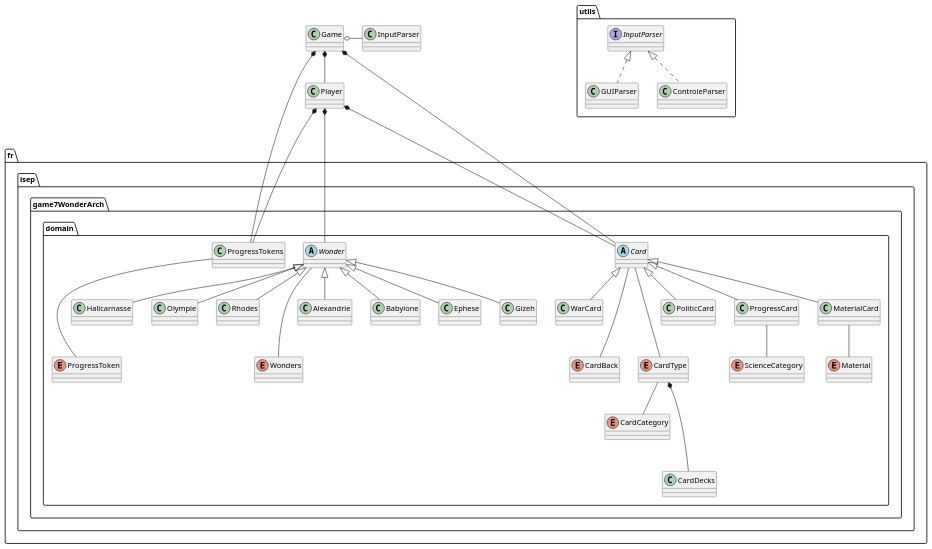
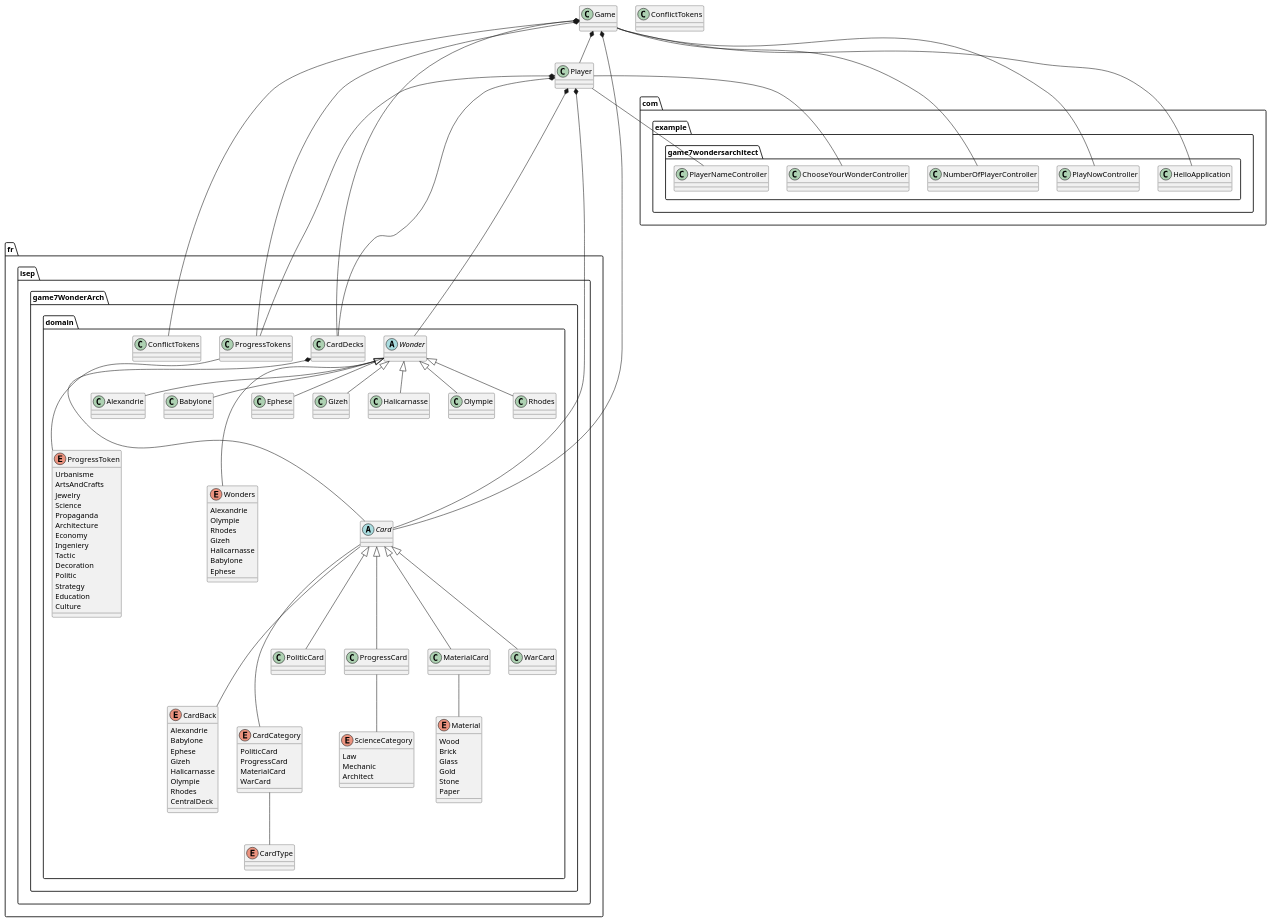
The diagram in src/UML.puml (Klllou/7-Wonders-Architect), drawn with PlantUML before and after one commit. The commit also changed 23 other files, not shown here.

```diff
--- a/src/UML.puml
+++ b/src/UML.puml
@@ -1,78 +1,139 @@
 @startuml
 'https://plantuml.com/class-diagram
 
 
 
 class Game
 class Player
 
 
 package fr.isep.game7WonderArch.domain {
-enum Wonders
+enum Wonders {
+Alexandrie
+Olympie
+Rhodes
+Gizeh
+Halicarnasse
+Babylone
+Ephese
+}
 abstract Wonder
 abstract Card
-enum CardBack
-enum CardCategory
+enum CardBack {
+Alexandrie
+Babylone
+Ephese
+Gizeh
+Halicarnasse
+Olympie
+Rhodes
+CentralDeck
+}
+enum CardCategory{
+PoliticCard
+ProgressCard
+MaterialCard
+WarCard
+}
 class CardDecks
 enum CardType
-enum Material
-enum ProgressToken
+enum Material{
+Wood
+Brick
+Glass
+Gold
+Stone
+Paper
+}
+enum ProgressToken {
+Urbanisme
+ArtsAndCrafts
+Jewelry
+Science
+Propaganda
+Architecture
+Economy
+Ingeniery
+Tactic
+Decoration
+Politic
+Strategy
+Education
+Culture
+}
 class ProgressTokens
-enum ScienceCategory
+enum ScienceCategory {
+Law
+Mechanic
+Architect
+}
 class PoliticCard
 class ProgressCard
 class MaterialCard
 class WarCard
 
 class Alexandrie
 class Babylone
 class Ephese
 class Gizeh
 class Halicarnasse
 class Olympie
 class Rhodes
 
 
 Card <|-- ProgressCard
 Card <|-- MaterialCard
 Card <|-- PoliticCard
 Card <|-- WarCard
 Wonder --- Wonders
 Card --- CardBack
-Card --- CardType
-CardType -- CardCategory
+Card --- CardCategory
+CardCategory -- CardType
 
 Wonder <|-- Alexandrie
 Wonder <|-- Babylone
 Wonder <|-- Ephese
 Wonder <|-- Gizeh
 Wonder <|-- Halicarnasse
 Wonder <|-- Olympie
 Wonder <|-- Rhodes
 
 Player *-- Card
-Player *--- Wonder
-
+Player *---- Wonder
+Game *--- ConflictTokens
 }
 Game *-- Player
 Game *-- Card
 Game *-- ProgressTokens
 Player *-- ProgressTokens
-CardType *--- CardDecks
-Game o--r InputParser
+CardDecks *--- Card
+Player *-- CardDecks
+Game *-- CardDecks
 ProgressTokens --- ProgressToken
 MaterialCard -- Material
 ProgressCard -- ScienceCategory
 
-package utils {
-interface InputParser
-class ControleParser
-class GUIParser
+class ConflictTokens
 
-InputParser <|.. ControleParser
-InputParser <|.. GUIParser
+
+
+package com.example.game7wondersarchitect {
+class HelloApplication
+class ChooseYourWonderController
+class NumberOfPlayerController
+class PlayerNameController
+class PlayNowController
+
+Game -- PlayNowController
+Player -- PlayerNameController
+Game --- NumberOfPlayerController
+Player -- ChooseYourWonderController
+HelloApplication -- Game
+
 
 }
 
 
+
+
 @enduml
```
